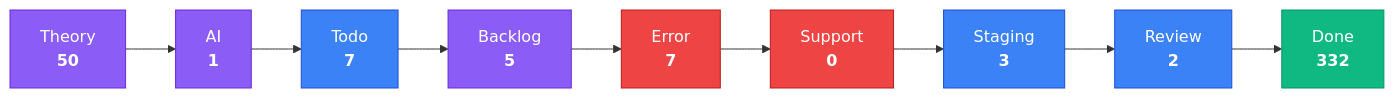
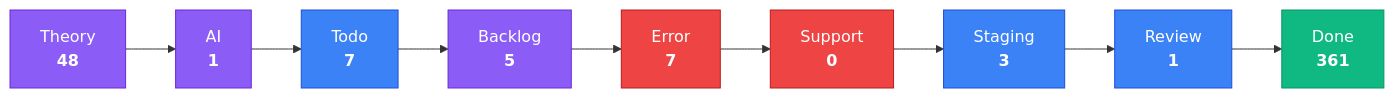
The third of 4 diagrams in apps/kbve/astro-kbve/src/content/docs/dashboard/kanban-data.mdx (KBVE/kbve), drawn with Mermaid before and after one commit. The commit also changed other lines of this file and 8 other files, not shown here.

````diff
--- a/apps/kbve/astro-kbve/src/content/docs/dashboard/kanban-data.mdx
+++ b/apps/kbve/astro-kbve/src/content/docs/dashboard/kanban-data.mdx
@@ -80,28 +80,28 @@
 ```mermaid
 flowchart LR
     classDef planning fill:#8b5cf6,stroke:#6d28d9,color:#fff
     classDef active fill:#3b82f6,stroke:#1d4ed8,color:#fff
     classDef blocked fill:#ef4444,stroke:#b91c1c,color:#fff
     classDef done fill:#10b981,stroke:#059669,color:#fff
-    Theory["Theory<br/><strong>50</strong>"]
+    Theory["Theory<br/><strong>48</strong>"]
     Theory --> AI
     AI["AI<br/><strong>1</strong>"]
     AI --> Todo
     Todo["Todo<br/><strong>7</strong>"]
     Todo --> Backlog
     Backlog["Backlog<br/><strong>5</strong>"]
     Backlog --> Error
     Error["Error<br/><strong>7</strong>"]
     Error --> Support
     Support["Support<br/><strong>0</strong>"]
     Support --> Staging
     Staging["Staging<br/><strong>3</strong>"]
     Staging --> Review
-    Review["Review<br/><strong>2</strong>"]
+    Review["Review<br/><strong>1</strong>"]
     Review --> Done
-    Done["Done<br/><strong>332</strong>"]
+    Done["Done<br/><strong>361</strong>"]
     class Theory,AI,Backlog planning
     class Todo,Staging,Review active
     class Error,Support blocked
     class Done done
 ```
````
